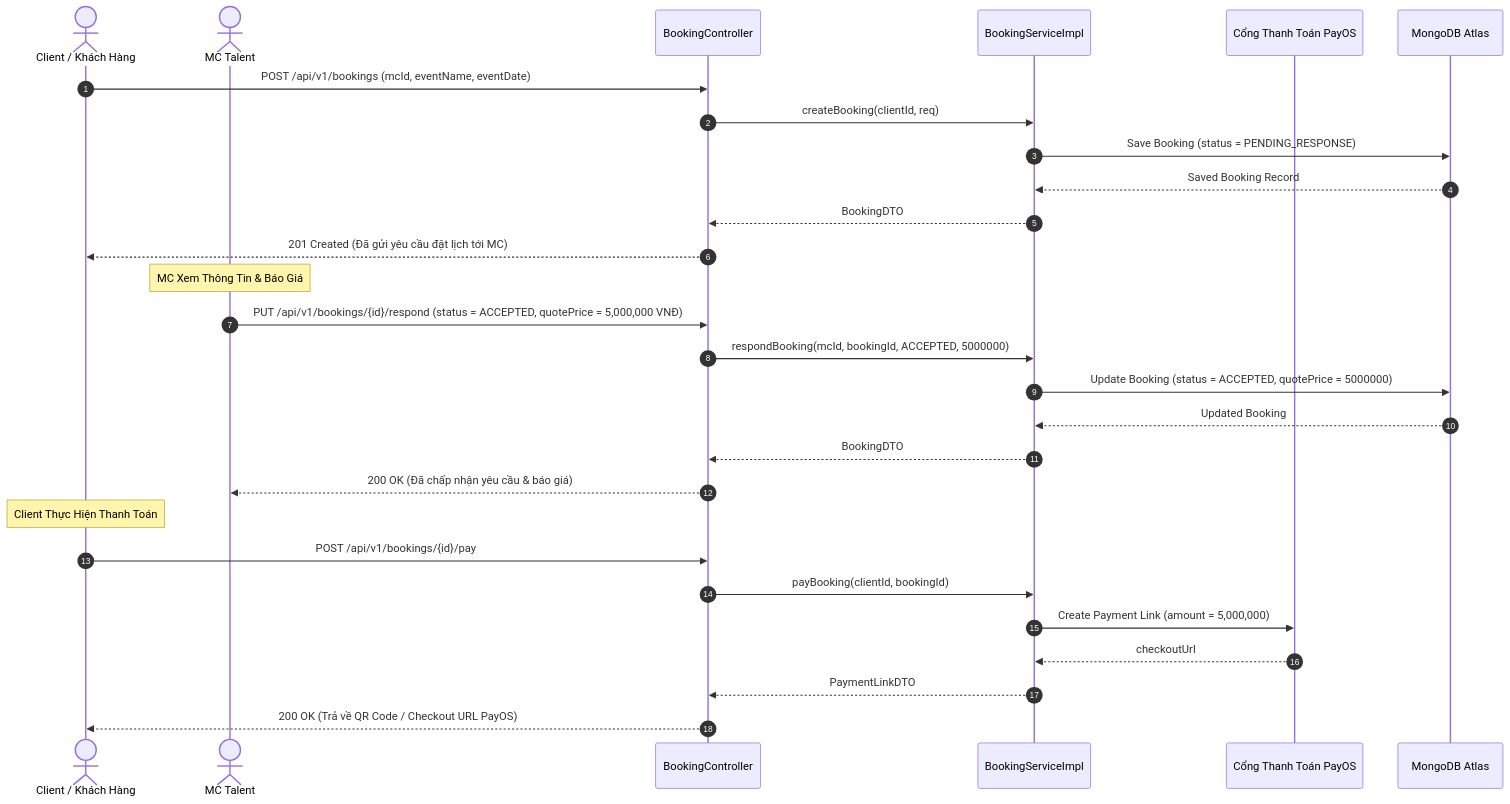
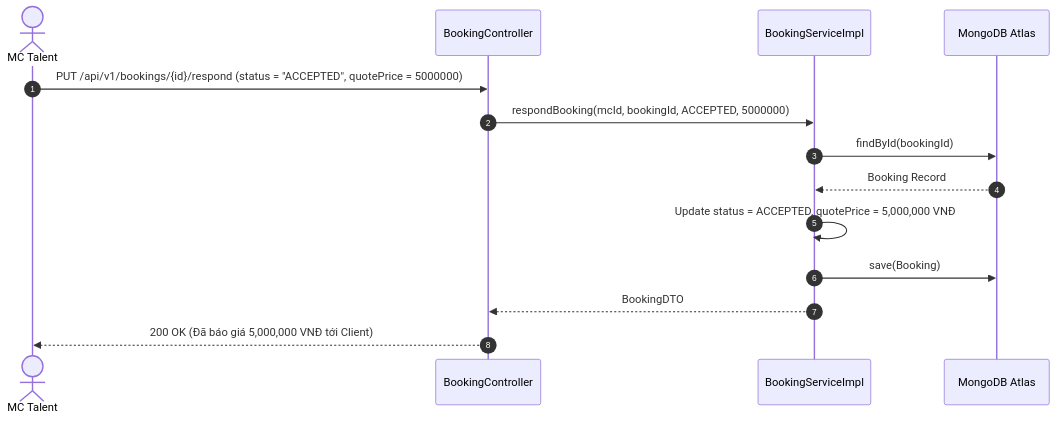
One commit to The-MC-Hub/MC_Voice_Training_Backend changed the fourth of 12 diagrams in docs/use-cases/UC-11-mc-booking-hiring.md. Above: the diagram before and after it, drawn with Mermaid. The commit also changed other lines of this file and 12 other files, not shown here.

Commit message:
docs(use-cases): fully expand all sub-use-cases across all 13 UC files with dedicated Class Diagrams, Sequence Diagrams, and Unit Tests

````diff
--- a/docs/use-cases/UC-11-mc-booking-hiring.md
+++ b/docs/use-cases/UC-11-mc-booking-hiring.md
@@ -73,33 +72,18 @@
 ```mermaid
 sequenceDiagram
     autonumber
-    actor Client as Client / Khách Hàng
     actor MC as MC Talent
     participant Controller as BookingController
     participant Service as BookingServiceImpl
-    participant PayOS as Cổng Thanh Toán PayOS
     participant DB as MongoDB Atlas
 
-    Client->>Controller: POST /api/v1/bookings (mcId, eventName, eventDate)
-    Controller->>Service: createBooking(clientId, req)
-    Service->>DB: Save Booking (status = PENDING_RESPONSE)
-    DB-->>Service: Saved Booking Record
+    MC->>Controller: PUT /api/v1/bookings/{id}/respond (status = "ACCEPTED", quotePrice = 5000000)
+    Controller->>Service: respondBooking(mcId, bookingId, ACCEPTED, 5000000)
+    Service->>DB: findById(bookingId)
+    DB-->>Service: Booking Record
+    
+    Service->>Service: Update status = ACCEPTED, quotePrice = 5,000,000 VNĐ
+    Service->>DB: save(Booking)
     Service-->>Controller: BookingDTO
-    Controller-->>Client: 201 Created (Đã gửi yêu cầu đặt lịch tới MC)
-
-    note over MC: MC Xem Thông Tin & Báo Giá
-    MC->>Controller: PUT /api/v1/bookings/{id}/respond (status = ACCEPTED, quotePrice = 5,000,000 VNĐ)
-    Controller->>Service: respondBooking(mcId, bookingId, ACCEPTED, 5000000)
-    Service->>DB: Update Booking (status = ACCEPTED, quotePrice = 5000000)
-    DB-->>Service: Updated Booking
-    Service-->>Controller: BookingDTO
-    Controller-->>MC: 200 OK (Đã chấp nhận yêu cầu & báo giá)
-
-    note over Client: Client Thực Hiện Thanh Toán
-    Client->>Controller: POST /api/v1/bookings/{id}/pay
-    Controller->>Service: payBooking(clientId, bookingId)
-    Service->>PayOS: Create Payment Link (amount = 5,000,000)
-    PayOS-->>Service: checkoutUrl
-    Service-->>Controller: PaymentLinkDTO
-    Controller-->>Client: 200 OK (Trả về QR Code / Checkout URL PayOS)
+    Controller-->>MC: 200 OK (Đã báo giá 5,000,000 VNĐ tới Client)
 ```
````
